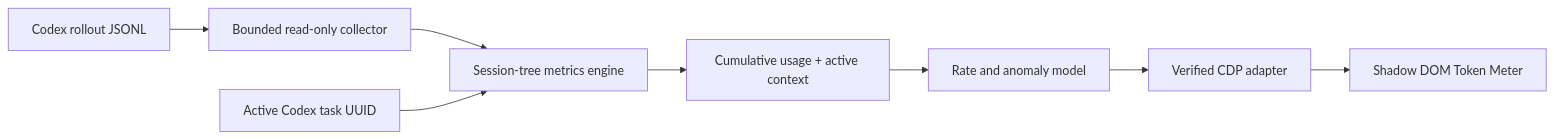
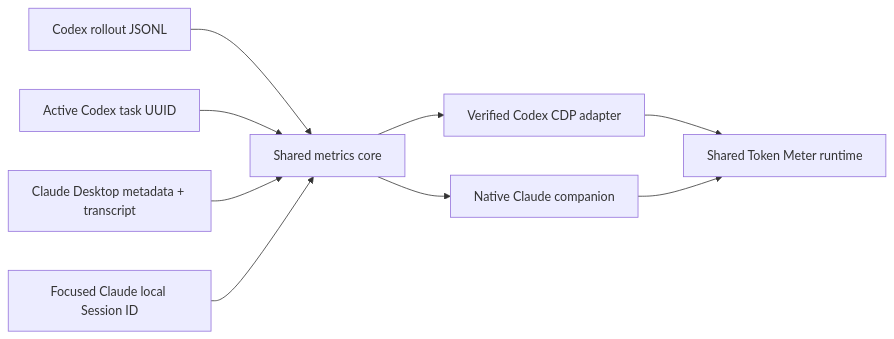
One commit to SergioChan/token-meter changed the diagram in README.md. Above: the diagram before and after it, drawn with Mermaid. The commit also changed other lines of this file and 9 other files, not shown here.

````diff
--- a/README.md
+++ b/README.md
@@ -191,10 +184,12 @@
 ```mermaid
 flowchart LR
-  A["Codex rollout JSONL"] --> B["Bounded read-only collector"]
-  B --> C["Session-tree metrics engine"]
-  C --> D["Cumulative usage + active context"]
-  D --> E["Rate and anomaly model"]
-  E --> F["Verified CDP adapter"]
-  F --> G["Shadow DOM Token Meter"]
-  H["Active Codex task UUID"] --> C
+  C1["Codex rollout JSONL"] --> CORE["Shared metrics core"]
+  C2["Active Codex task UUID"] --> CORE
+  CORE --> CDP["Verified Codex CDP adapter"]
+  CDP --> UI["Shared Token Meter runtime"]
+
+  A1["Claude Desktop metadata + transcript"] --> CORE
+  A2["Focused Claude local Session ID"] --> CORE
+  CORE --> NATIVE["Native Claude companion"]
+  NATIVE --> UI
 ```
````
